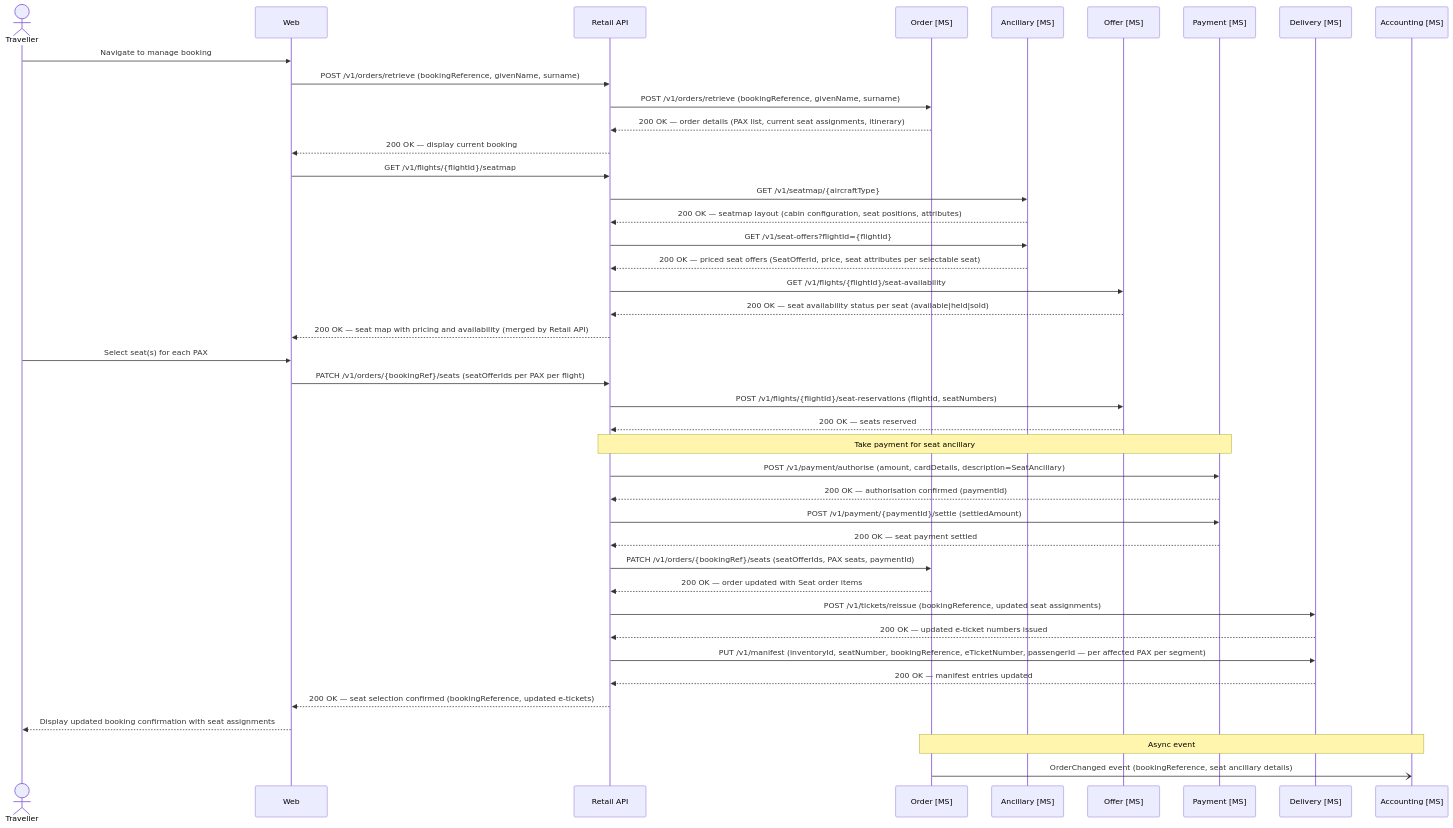
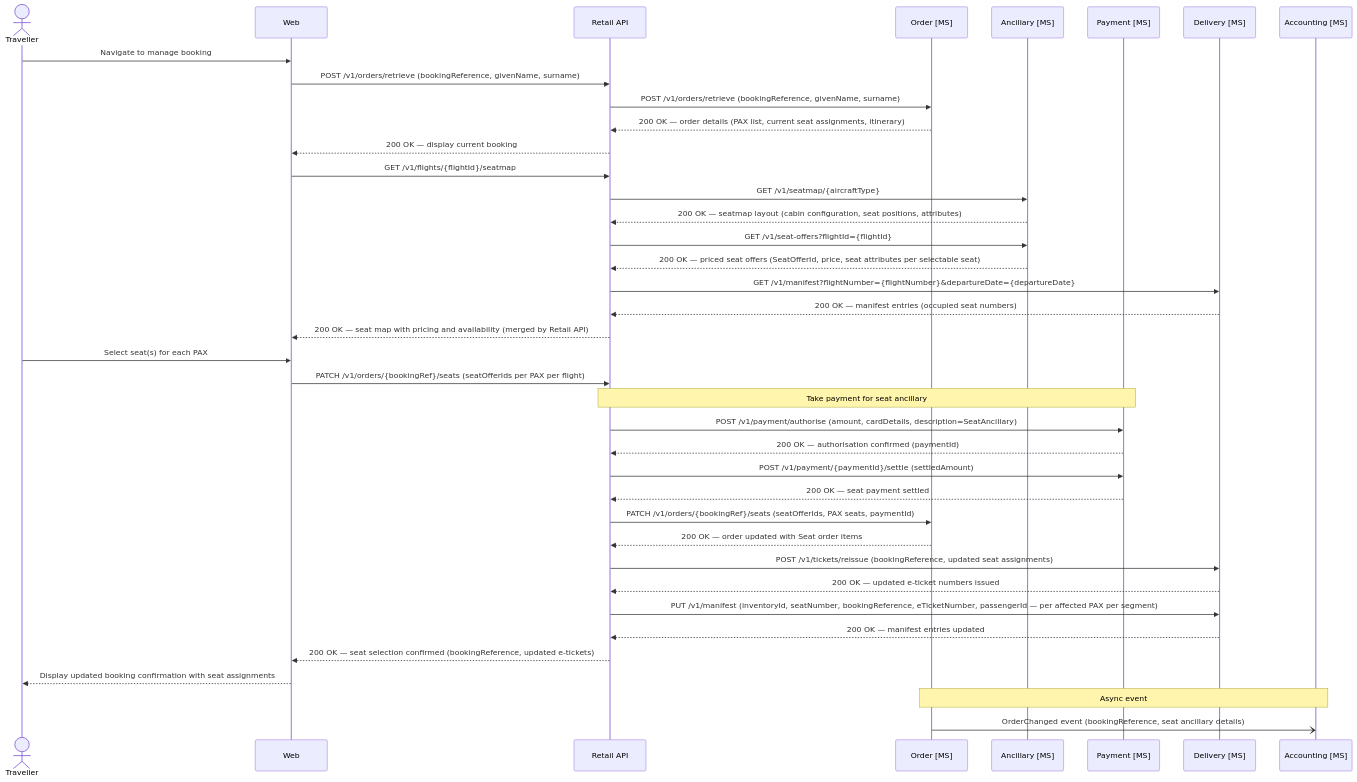
One commit to sebharvey/airline-reservation-system changed the second of 4 diagrams in documentation/design/ancillary.md. Above: the diagram before and after it, drawn with Mermaid. The commit also changed other lines of this file and 9 other files, not shown here.

First line of the commit message:
docs: remove SeatReservation — derive seatmap occupancy from Delivery MS manifest

````diff
--- a/documentation/design/ancillary.md
+++ b/documentation/design/ancillary.md
@@ -61,56 +61,52 @@
 ```mermaid
 sequenceDiagram
     actor Traveller
     participant Web
     participant RetailAPI as Retail API
     participant OrderMS as Order [MS]
     participant AncillaryMS as Ancillary [MS]
-    participant OfferMS as Offer [MS]
     participant PaymentMS as Payment [MS]
     participant DeliveryMS as Delivery [MS]
     participant AccountingMS as Accounting [MS]
 
     Traveller->>Web: Navigate to manage booking
 
     Web->>RetailAPI: POST /v1/orders/retrieve (bookingReference, givenName, surname)
     RetailAPI->>OrderMS: POST /v1/orders/retrieve (bookingReference, givenName, surname)
     OrderMS-->>RetailAPI: 200 OK — order details (PAX list, current seat assignments, itinerary)
     RetailAPI-->>Web: 200 OK — display current booking
 
     Web->>RetailAPI: GET /v1/flights/{flightId}/seatmap
     RetailAPI->>AncillaryMS: GET /v1/seatmap/{aircraftType}
     AncillaryMS-->>RetailAPI: 200 OK — seatmap layout (cabin configuration, seat positions, attributes)
     RetailAPI->>AncillaryMS: GET /v1/seat-offers?flightId={flightId}
     AncillaryMS-->>RetailAPI: 200 OK — priced seat offers (SeatOfferId, price, seat attributes per selectable seat)
-    RetailAPI->>OfferMS: GET /v1/flights/{flightId}/seat-availability
-    OfferMS-->>RetailAPI: 200 OK — seat availability status per seat (available|held|sold)
+    RetailAPI->>DeliveryMS: GET /v1/manifest?flightNumber={flightNumber}&departureDate={departureDate}
+    DeliveryMS-->>RetailAPI: 200 OK — manifest entries (occupied seat numbers)
     RetailAPI-->>Web: 200 OK — seat map with pricing and availability (merged by Retail API)
 
     Traveller->>Web: Select seat(s) for each PAX
 
     Web->>RetailAPI: PATCH /v1/orders/{bookingRef}/seats (seatOfferIds per PAX per flight)
-
-    RetailAPI->>OfferMS: POST /v1/flights/{flightId}/seat-reservations (flightId, seatNumbers)
-    OfferMS-->>RetailAPI: 200 OK — seats reserved
 
     Note over RetailAPI, PaymentMS: Take payment for seat ancillary
     RetailAPI->>PaymentMS: POST /v1/payment/authorise (amount, cardDetails, description=SeatAncillary)
     PaymentMS-->>RetailAPI: 200 OK — authorisation confirmed (paymentId)
     RetailAPI->>PaymentMS: POST /v1/payment/{paymentId}/settle (settledAmount)
     PaymentMS-->>RetailAPI: 200 OK — seat payment settled
 
     RetailAPI->>OrderMS: PATCH /v1/orders/{bookingRef}/seats (seatOfferIds, PAX seats, paymentId)
     OrderMS-->>RetailAPI: 200 OK — order updated with Seat order items
 
     RetailAPI->>DeliveryMS: POST /v1/tickets/reissue (bookingReference, updated seat assignments)
     DeliveryMS-->>RetailAPI: 200 OK — updated e-ticket numbers issued
 
     RetailAPI->>DeliveryMS: PUT /v1/manifest (inventoryId, seatNumber, bookingReference, eTicketNumber, passengerId — per affected PAX per segment)
     DeliveryMS-->>RetailAPI: 200 OK — manifest entries updated
 
     RetailAPI-->>Web: 200 OK — seat selection confirmed (bookingReference, updated e-tickets)
     Web-->>Traveller: Display updated booking confirmation with seat assignments
 
     Note over OrderMS, AccountingMS: Async event
     OrderMS-)AccountingMS: OrderChanged event (bookingReference, seat ancillary details)
 ```
````
